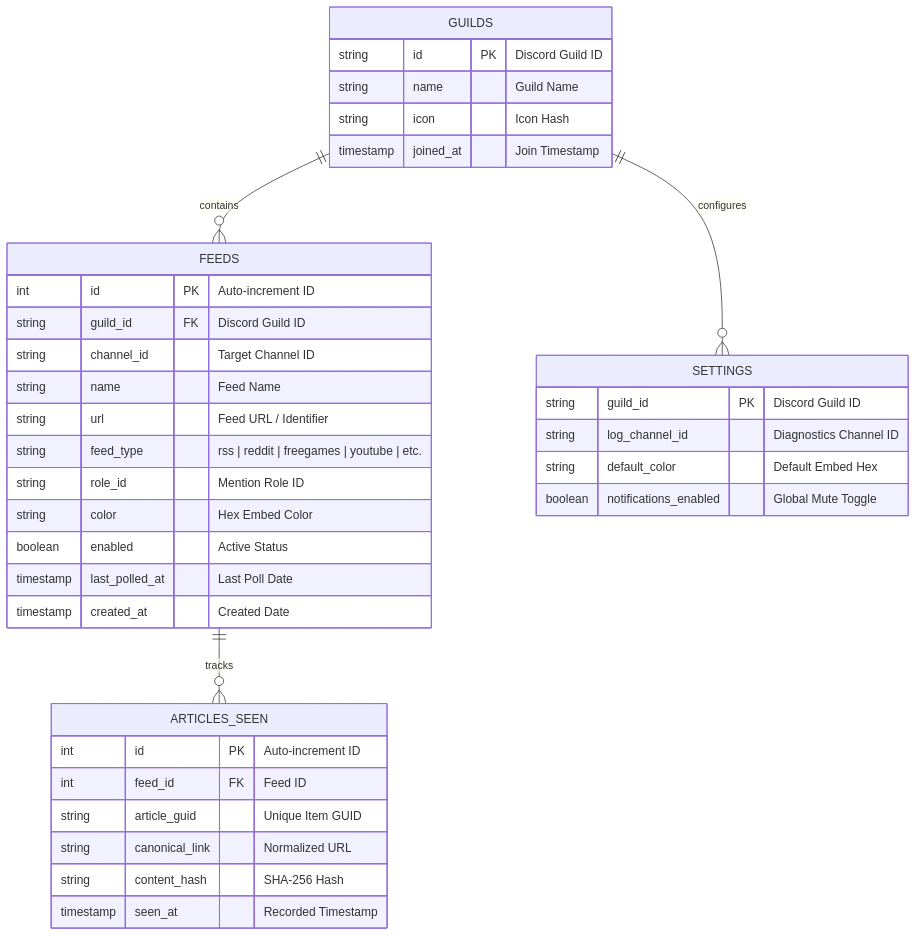
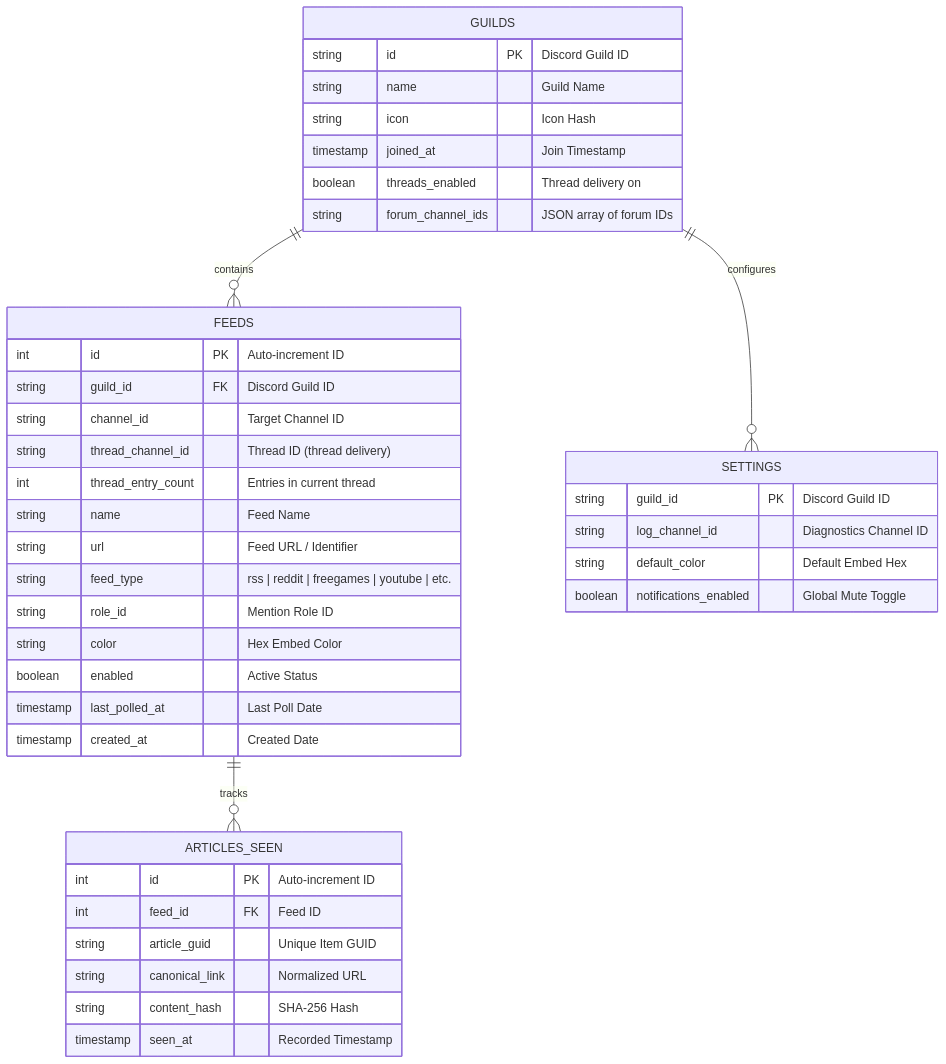
The second of 2 diagrams in wiki/Architecture-and-Design.md (HELIX-Origin/Discord-RSS), drawn with Mermaid before and after one commit. The commit also changed other lines of this file and 21 other files, not shown here.

First line of the commit message:
🧵 Add Optional Forum Thread Delivery for Feeds

````diff
--- a/wiki/Architecture-and-Design.md
+++ b/wiki/Architecture-and-Design.md
@@ -79,43 +80,47 @@
 ```mermaid
 erDiagram
     GUILDS ||--o{ FEEDS : contains
     FEEDS ||--o{ ARTICLES_SEEN : tracks
     GUILDS ||--o{ SETTINGS : configures
 
     GUILDS {
         string id PK "Discord Guild ID"
         string name "Guild Name"
         string icon "Icon Hash"
         timestamp joined_at "Join Timestamp"
+        boolean threads_enabled "Thread delivery on"
+        string forum_channel_ids "JSON array of forum IDs"
     }
 
     FEEDS {
         int id PK "Auto-increment ID"
         string guild_id FK "Discord Guild ID"
         string channel_id "Target Channel ID"
+        string thread_channel_id "Thread ID (thread delivery)"
+        int thread_entry_count "Entries in current thread"
         string name "Feed Name"
         string url "Feed URL / Identifier"
         string feed_type "rss | reddit | freegames | youtube | etc."
         string role_id "Mention Role ID"
         string color "Hex Embed Color"
         boolean enabled "Active Status"
         timestamp last_polled_at "Last Poll Date"
         timestamp created_at "Created Date"
     }
 
     ARTICLES_SEEN {
         int id PK "Auto-increment ID"
         int feed_id FK "Feed ID"
         string article_guid "Unique Item GUID"
         string canonical_link "Normalized URL"
         string content_hash "SHA-256 Hash"
         timestamp seen_at "Recorded Timestamp"
     }
 
     SETTINGS {
         string guild_id PK "Discord Guild ID"
         string log_channel_id "Diagnostics Channel ID"
         string default_color "Default Embed Hex"
         boolean notifications_enabled "Global Mute Toggle"
     }
 ```
````
